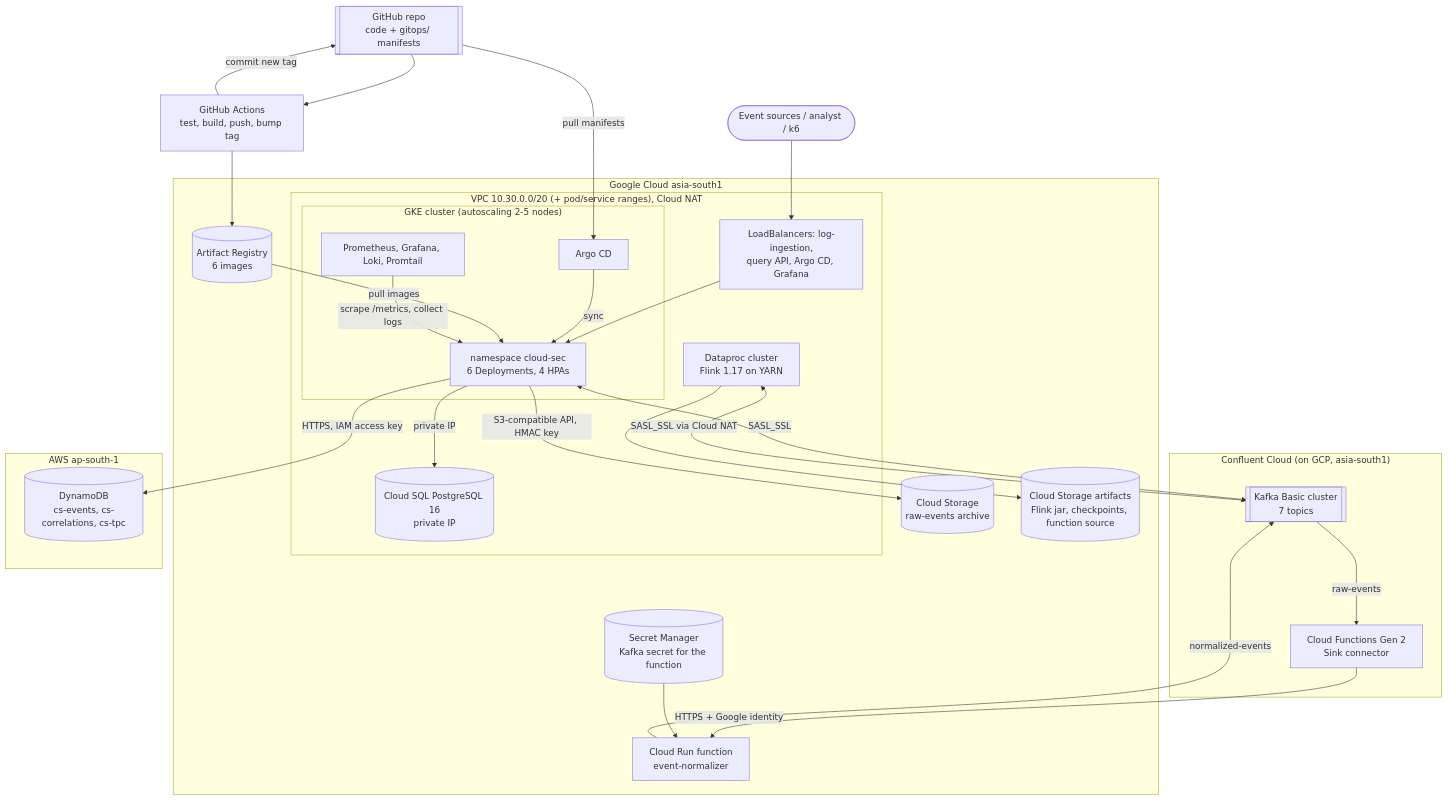
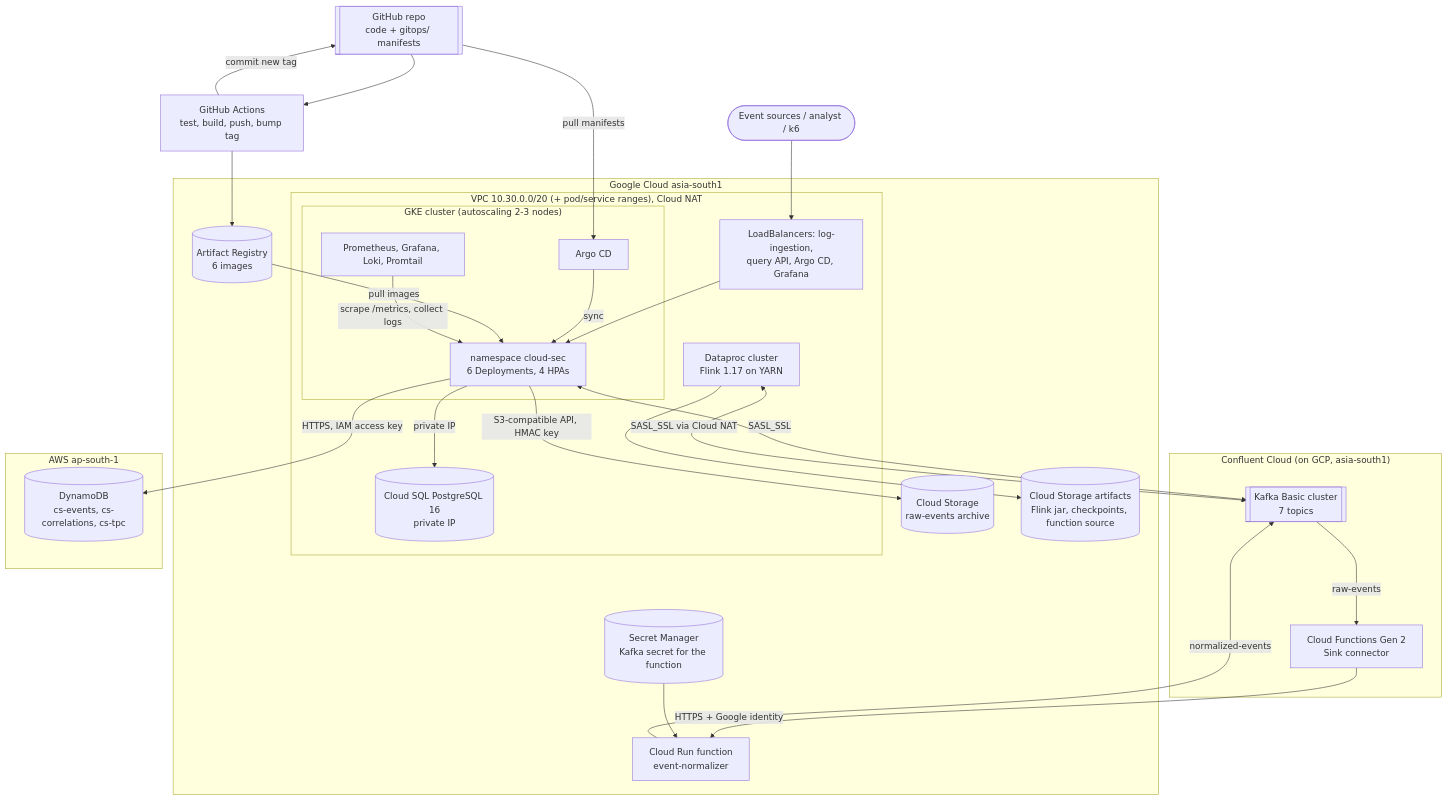
The first of 3 diagrams in docs/design/DESIGN.md (Cloud-Lab-Assignment/Cloud-Security-Ingester), drawn with Mermaid before and after one commit. The commit also changed other lines of this file and 23 other files, not shown here.

````diff
--- a/docs/design/DESIGN.md
+++ b/docs/design/DESIGN.md
@@ -43,49 +43,49 @@
 ```mermaid
 flowchart TB
   user(["Event sources / analyst / k6"])
   gh[["GitHub repo<br/>code + gitops/ manifests"]]
   ci["GitHub Actions<br/>test, build, push, bump tag"]
 
   subgraph gcp["Google Cloud asia-south1"]
     ar[("Artifact Registry<br/>6 images")]
     subgraph vpc["VPC 10.30.0.0/20 (+ pod/service ranges), Cloud NAT"]
       lb["LoadBalancers: log-ingestion,<br/>query API, Argo CD, Grafana"]
-      subgraph gke["GKE cluster (autoscaling 2-5 nodes)"]
+      subgraph gke["GKE cluster (autoscaling 2-3 nodes)"]
         apps["namespace cloud-sec<br/>6 Deployments, 4 HPAs"]
         argo["Argo CD"]
         obs["Prometheus, Grafana, Loki, Promtail"]
       end
       dp["Dataproc cluster<br/>Flink 1.17 on YARN"]
       sql[("Cloud SQL PostgreSQL 16<br/>private IP")]
     end
     fn["Cloud Run function<br/>event-normalizer"]
     gcsraw[("Cloud Storage<br/>raw-events archive")]
     gcsart[("Cloud Storage artifacts<br/>Flink jar, checkpoints, function source")]
     sm[("Secret Manager<br/>Kafka secret for the function")]
   end
 
   subgraph cc["Confluent Cloud (on GCP, asia-south1)"]
     kafka[["Kafka Basic cluster<br/>7 topics"]]
     conn["Cloud Functions Gen 2<br/>Sink connector"]
   end
 
   subgraph aws["AWS ap-south-1"]
     ddb[("DynamoDB<br/>cs-events, cs-correlations, cs-tpc")]
   end
 
   user --> lb --> apps
   gh --> ci --> ar
   ci -- "commit new tag" --> gh
   gh -- "pull manifests" --> argo -- "sync" --> apps
   ar -- "pull images" --> apps
   apps <-- "SASL_SSL" --> kafka
   kafka -- "raw-events" --> conn -- "HTTPS + Google identity" --> fn
   fn -- "normalized-events" --> kafka
   sm --> fn
   dp <-- "SASL_SSL via Cloud NAT" --> kafka
   dp --> gcsart
   apps -- "private IP" --> sql
   apps -- "S3-compatible API, HMAC key" --> gcsraw
   apps -- "HTTPS, IAM access key" --> ddb
   obs -- "scrape /metrics, collect logs" --> apps
 ```
````
